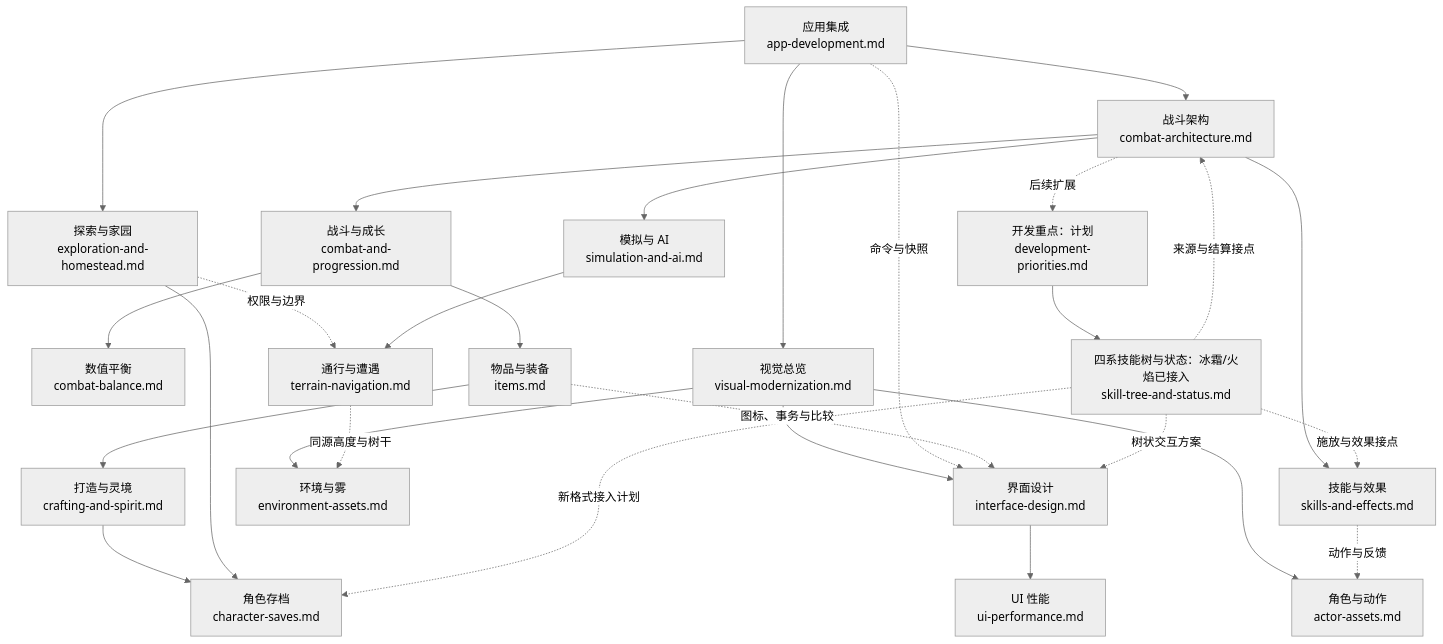
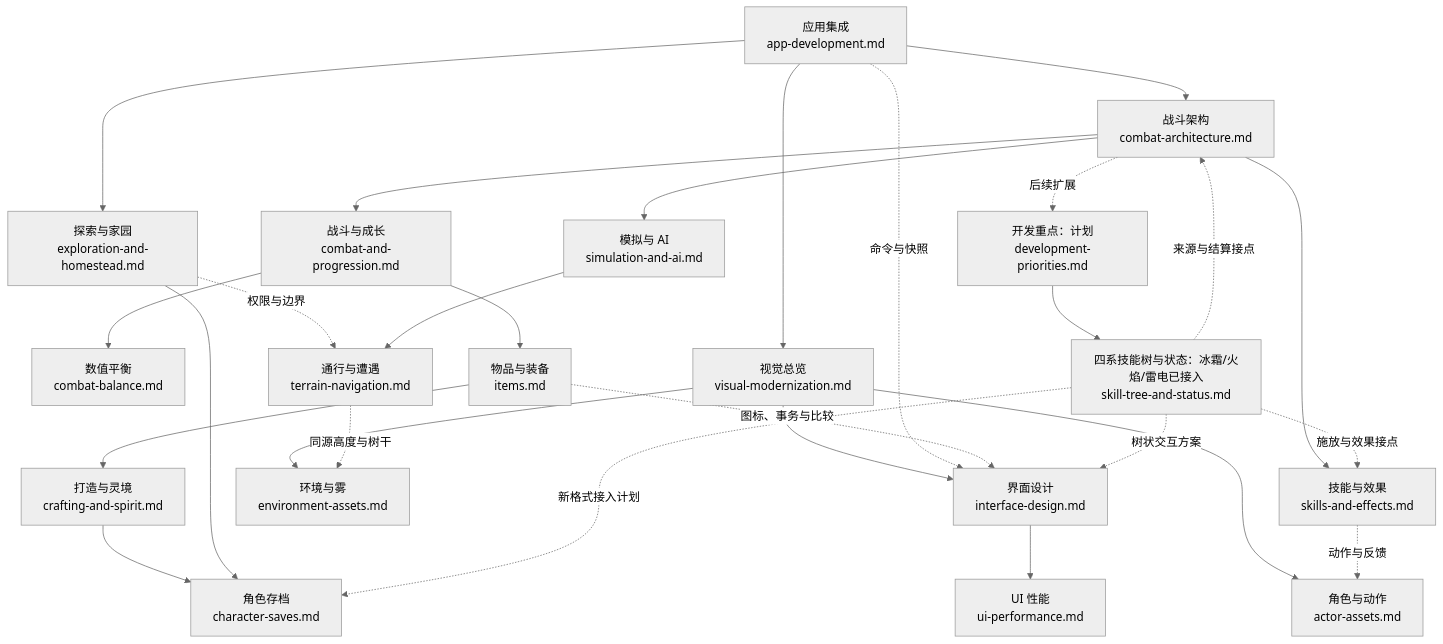
Before and after one commit to lanyik/lanyik: the second of 3 diagrams in docs/README.md, drawn with Mermaid (neutral theme). The commit also changed other lines of this file and 37 other files, not shown here.

````diff
--- a/docs/README.md
+++ b/docs/README.md
@@ -116,30 +116,30 @@
 ```mermaid
 flowchart TB
     app["应用集成<br/>app-development.md"] --> combat["战斗架构<br/>combat-architecture.md"]
     combat --> ai["模拟与 AI<br/>simulation-and-ai.md"]
     combat --> loop["战斗与成长<br/>combat-and-progression.md"]
     combat --> skill["技能与效果<br/>skills-and-effects.md"]
     loop --> balance["数值平衡<br/>combat-balance.md"]
     loop --> item["物品与装备<br/>items.md"]
     item --> craft["打造与灵境<br/>crafting-and-spirit.md"]
     craft --> save["角色存档<br/>character-saves.md"]
     app --> explore["探索与家园<br/>exploration-and-homestead.md"]
     explore --> save
     explore -. 权限与边界 .-> terrain
     ai --> terrain["通行与遭遇<br/>terrain-navigation.md"]
     app --> visual["视觉总览<br/>visual-modernization.md"]
     visual --> actor["角色与动作<br/>actor-assets.md"]
     visual --> env["环境与雾<br/>environment-assets.md"]
     visual --> ui["界面设计<br/>interface-design.md"]
     app -. 命令与快照 .-> ui
     item -. 图标、事务与比较 .-> ui
     ui --> perf["UI 性能<br/>ui-performance.md"]
     combat -. 后续扩展 .-> plan["开发重点：计划<br/>development-priorities.md"]
-    plan --> tree["四系技能树与状态：冰霜/火焰已接入<br/>skill-tree-and-status.md"]
+    plan --> tree["四系技能树与状态：冰霜/火焰/雷电已接入<br/>skill-tree-and-status.md"]
     tree -. 施放与效果接点 .-> skill
     tree -. 来源与结算接点 .-> combat
     tree -. 树状交互方案 .-> ui
     tree -. 新格式接入计划 .-> save
     skill -. 动作与反馈 .-> actor
     terrain -. 同源高度与树干 .-> env
 ```
````
